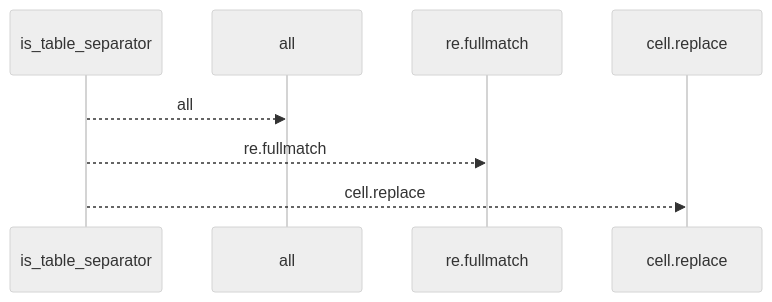
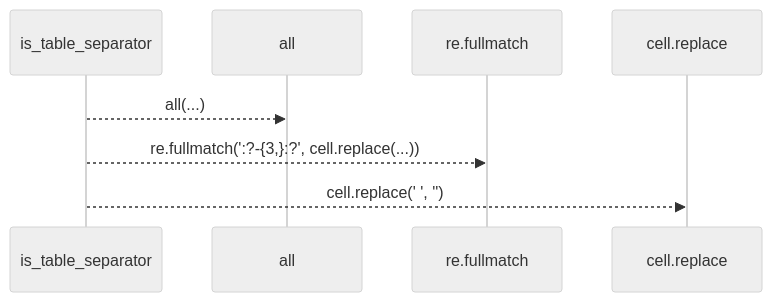
Before and after one commit to Denissvgn/python-wiki-llm: the first of 2 diagrams in docs/llm_wiki/flows/api-is_table_separator.md, drawn with Mermaid (neutral theme). The commit also changed other lines of this file and 1410 other files, not shown here.

````diff
--- a/docs/llm_wiki/flows/api-is_table_separator.md
+++ b/docs/llm_wiki/flows/api-is_table_separator.md
@@ -10,10 +12,10 @@
 ```mermaid
 sequenceDiagram
     participant p0 as is_table_separator
     participant p1 as all
     participant p2 as re.fullmatch
     participant p3 as cell.replace
-    p0-->>p1: all
-    p0-->>p2: re.fullmatch
-    p0-->>p3: cell.replace
+    p0-->>p1: all(...)
+    p0-->>p2: re.fullmatch(':?-{3,}:?', cell.replace(...))
+    p0-->>p3: cell.replace(' ', '')
 ```
````
